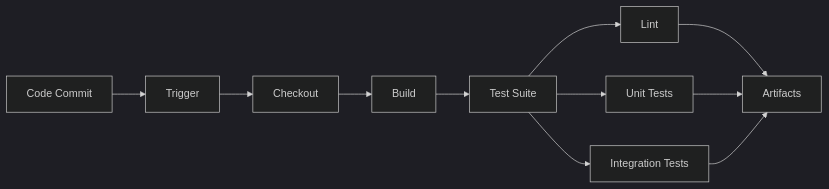
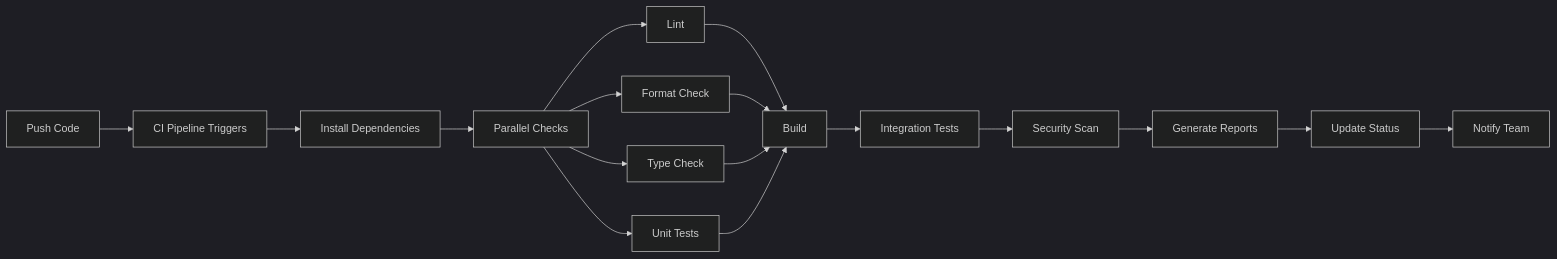
One commit to Raushan666java/ai-engineering-journey changed the first of 2 diagrams in docs/courses/devops/04-continuous-integration.md. Above: the diagram before and after it, drawn with Mermaid (dark theme). The commit also changed other lines of this file and 62 other files, not shown here.

````diff
--- a/docs/courses/devops/04-continuous-integration.md
+++ b/docs/courses/devops/04-continuous-integration.md
@@ -31,11 +32,16 @@
 ```mermaid
 flowchart LR
-    A[Code Commit] --> B[Trigger]
-    B --> C[Checkout]
-    C --> D[Build]
-    D --> E[Test Suite]
-    E --> F[Lint]
-    E --> G[Unit Tests]
-    E --> H[Integration Tests]
-    F & G & H --> I[Artifacts]
+    A[Push Code] --> B[CI Pipeline Triggers]
+    B --> C[Install Dependencies]
+    C --> D[Parallel Checks]
+    D --> E[Lint]
+    D --> F[Format Check]
+    D --> G[Type Check]
+    D --> H[Unit Tests]
+    E & F & G & H --> I[Build]
+    I --> J[Integration Tests]
+    J --> K[Security Scan]
+    K --> L[Generate Reports]
+    L --> M[Update Status]
+    M --> N[Notify Team]
 ```
````
